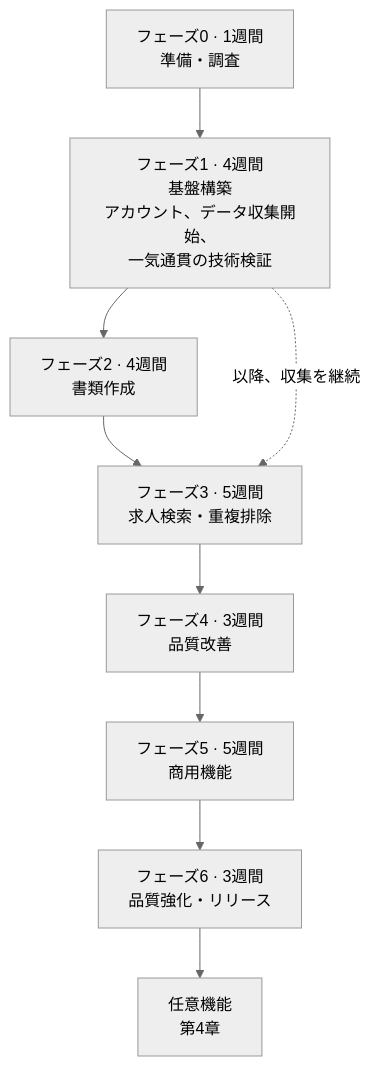
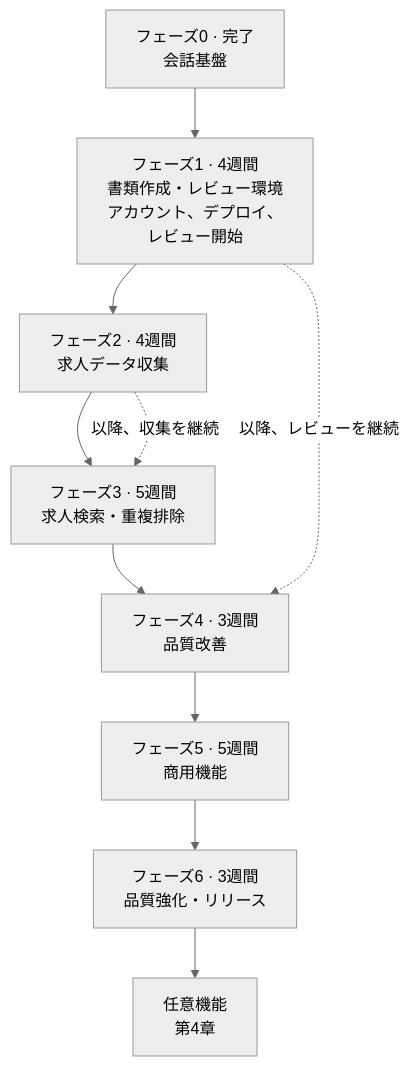
The fifth of 7 diagrams in documentation/markdown/ja/プロジェクトスケジュール.md (KashouMMT/llm-system), drawn with Mermaid (neutral theme) before and after one commit. The commit also changed other lines of this file and 36 other files, not shown here.

````diff
--- a/documentation/markdown/ja/プロジェクトスケジュール.md
+++ b/documentation/markdown/ja/プロジェクトスケジュール.md
@@ -370,13 +401,14 @@
 ```mermaid
 flowchart TD
-    P0["フェーズ0 · 1週間<br/>準備・調査"]
-    P1["フェーズ1 · 4週間<br/>基盤構築<br/>アカウント、データ収集開始、<br/>一気通貫の技術検証"]
-    P2["フェーズ2 · 4週間<br/>書類作成"]
+    P0["フェーズ0 · 完了<br/>会話基盤"]
+    P1["フェーズ1 · 4週間<br/>書類作成・レビュー環境<br/>アカウント、デプロイ、<br/>レビュー開始"]
+    P2["フェーズ2 · 4週間<br/>求人データ収集"]
     P3["フェーズ3 · 5週間<br/>求人検索・重複排除"]
     P4["フェーズ4 · 3週間<br/>品質改善"]
     P5["フェーズ5 · 5週間<br/>商用機能"]
     P6["フェーズ6 · 3週間<br/>品質強化・リリース"]
     P0 --> P1 --> P2 --> P3 --> P4 --> P5 --> P6
-    P1 -. "以降、収集を継続" .-> P3
+    P1 -. "以降、レビューを継続" .-> P4
+    P2 -. "以降、収集を継続" .-> P3
     P6 --> OPT["任意機能<br/>第4章"]
 ```
````
